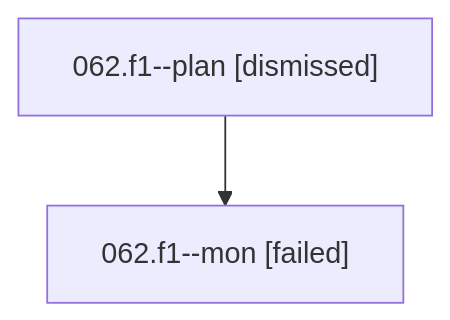
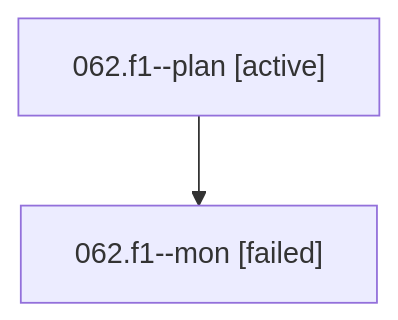
One commit to sase-org/sase--agents changed the diagram in families/bbugyi200.athena.062.f1.md. Above: the diagram before and after it, drawn with Mermaid. The commit also changed other lines of this file and 35830 other files, not shown here.

````diff
--- a/families/bbugyi200.athena.062.f1.md
+++ b/families/bbugyi200.athena.062.f1.md
@@ -9,6 +9,6 @@
 ```mermaid
 flowchart TD
-  n0["062.f1--plan [dismissed]"]
+  n0["062.f1--plan [active]"]
   n1["062.f1--mon [failed]"]
   n0 --> n1
 ```
````
